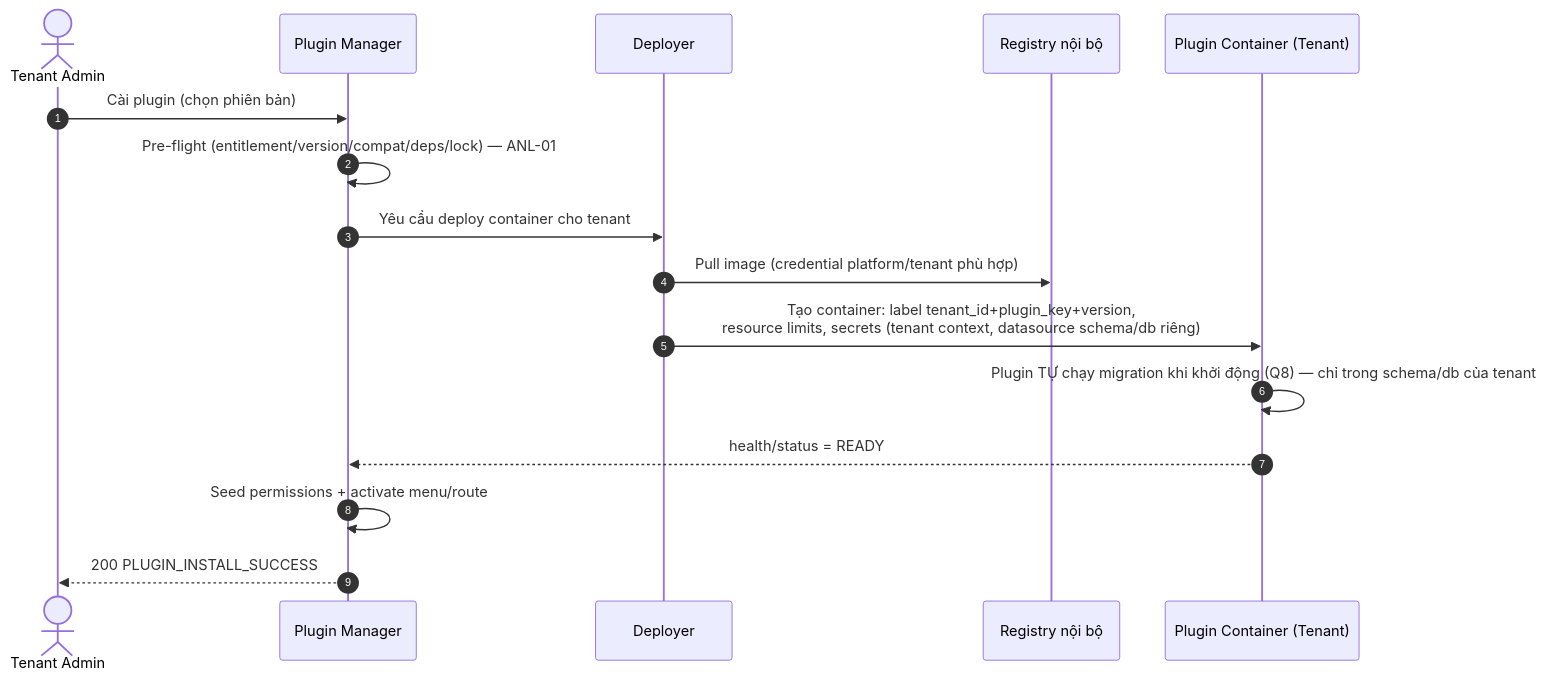
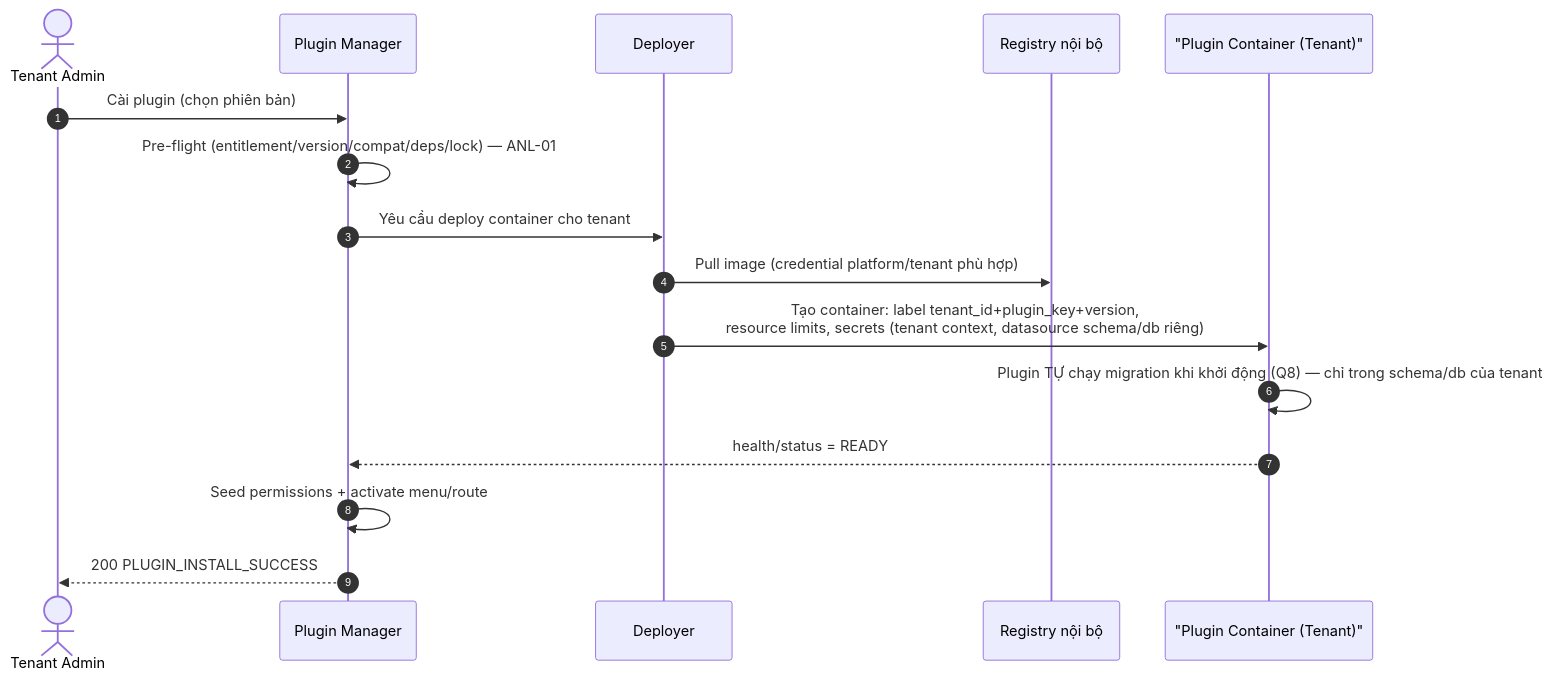
The third of 4 diagrams in docs/sprints/sprint_03_plugin_manager/02_analysis/ANL-03_plugin_distribution_and_installation.md (min3rd/open-erp), drawn with Mermaid before and after one commit. The commit also changed 3 other files, not shown here.

First line of the commit message:
fix(docs): correct mermaid syntax in sprint 03 diagrams

````diff
--- a/docs/sprints/sprint_03_plugin_manager/02_analysis/ANL-03_plugin_distribution_and_installation.md
+++ b/docs/sprints/sprint_03_plugin_manager/02_analysis/ANL-03_plugin_distribution_and_installation.md
@@ -194,19 +194,19 @@
 ```mermaid
 sequenceDiagram
     autonumber
     actor TA as Tenant Admin
     participant PM as Plugin Manager
     participant DEP as Deployer
     participant REG as Registry nội bộ
-    participant CT as Plugin Container (Tenant)
+    participant CT as "Plugin Container (Tenant)"
 
     TA->>PM: Cài plugin (chọn phiên bản)
     PM->>PM: Pre-flight (entitlement/version/compat/deps/lock) — ANL-01
     PM->>DEP: Yêu cầu deploy container cho tenant
     DEP->>REG: Pull image (credential platform/tenant phù hợp)
     DEP->>CT: Tạo container: label tenant_id+plugin_key+version,<br/>resource limits, secrets (tenant context, datasource schema/db riêng)
     CT->>CT: Plugin TỰ chạy migration khi khởi động (Q8) — chỉ trong schema/db của tenant
     CT-->>PM: health/status = READY
     PM->>PM: Seed permissions + activate menu/route
     PM-->>TA: 200 PLUGIN_INSTALL_SUCCESS
 ```
````
